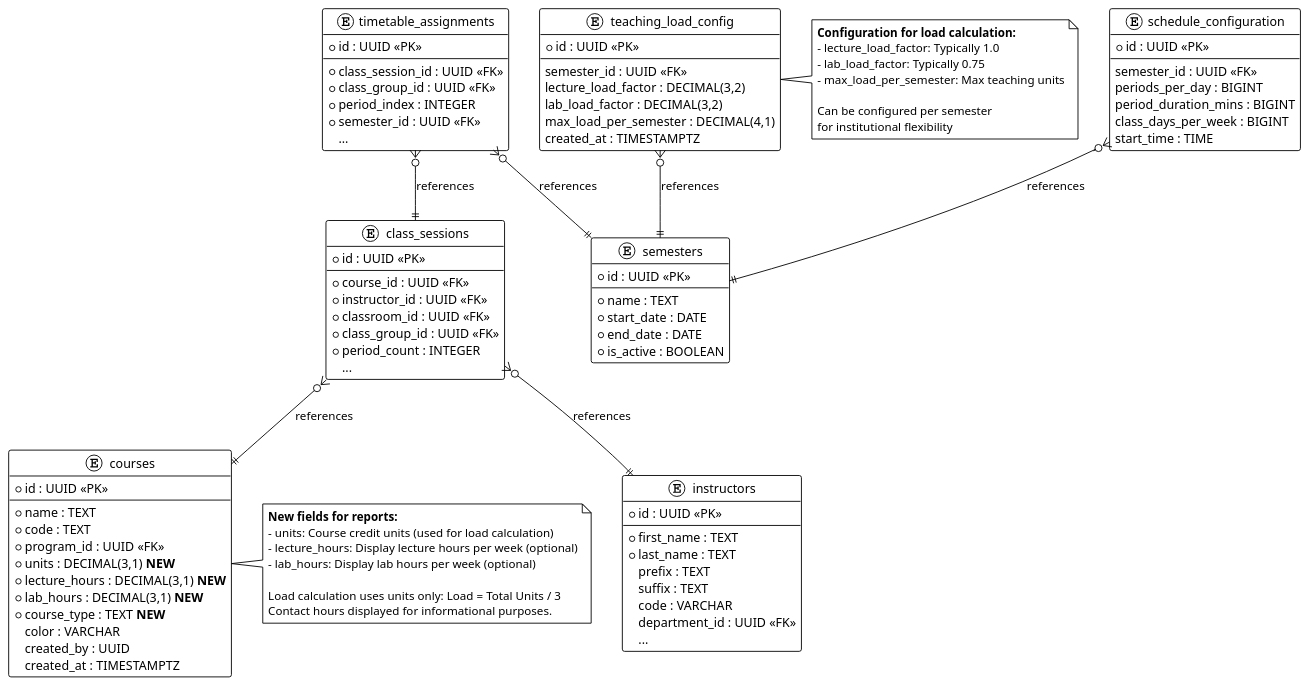
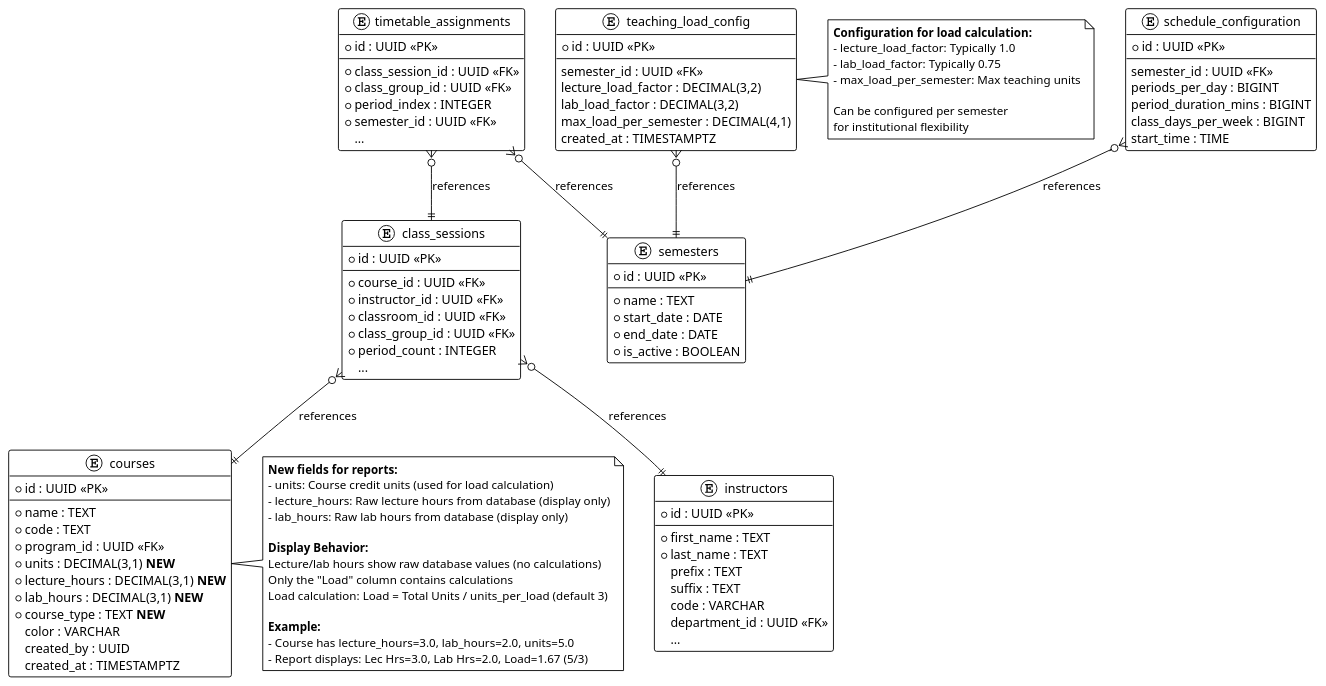
Before and after one commit to Wence024/ClassFlow: the seventh of 7 diagrams in docs/c4-diagrams/instructor-reports-system.puml, drawn with PlantUML. The commit also changed other lines of this file and 2 other files, not shown here.

Commit message:
Fix instructor report hours display

```diff
--- a/docs/c4-diagrams/instructor-reports-system.puml
+++ b/docs/c4-diagrams/instructor-reports-system.puml
@@ -347,108 +348,114 @@
 @startuml Data Model for Reports
 !theme plain
 
 entity "courses" as Courses {
     * id : UUID <<PK>>
     --
     * name : TEXT
     * code : TEXT
     * program_id : UUID <<FK>>
     + units : DECIMAL(3,1) **NEW**
     + lecture_hours : DECIMAL(3,1) **NEW**
     + lab_hours : DECIMAL(3,1) **NEW**
     + course_type : TEXT **NEW**
     color : VARCHAR
     created_by : UUID
     created_at : TIMESTAMPTZ
 }
 
 entity "teaching_load_config" as LoadConfig {
     * id : UUID <<PK>>
     --
     semester_id : UUID <<FK>>
     lecture_load_factor : DECIMAL(3,2)
     lab_load_factor : DECIMAL(3,2)
     max_load_per_semester : DECIMAL(4,1)
     created_at : TIMESTAMPTZ
 }
 
 entity "instructors" as Instructors {
     * id : UUID <<PK>>
     --
     * first_name : TEXT
     * last_name : TEXT
     prefix : TEXT
     suffix : TEXT
     code : VARCHAR
     department_id : UUID <<FK>>
     ...
 }
 
 entity "timetable_assignments" as Assignments {
     * id : UUID <<PK>>
     --
     * class_session_id : UUID <<FK>>
     * class_group_id : UUID <<FK>>
     * period_index : INTEGER
     * semester_id : UUID <<FK>>
     ...
 }
 
 entity "class_sessions" as Sessions {
     * id : UUID <<PK>>
     --
     * course_id : UUID <<FK>>
     * instructor_id : UUID <<FK>>
     * classroom_id : UUID <<FK>>
     * class_group_id : UUID <<FK>>
     * period_count : INTEGER
     ...
 }
 
 entity "semesters" as Semesters {
     * id : UUID <<PK>>
     --
     * name : TEXT
     * start_date : DATE
     * end_date : DATE
     * is_active : BOOLEAN
 }
 
 entity "schedule_configuration" as ScheduleConfig {
     * id : UUID <<PK>>
     --
     semester_id : UUID <<FK>>
     periods_per_day : BIGINT
     period_duration_mins : BIGINT
     class_days_per_week : BIGINT
     start_time : TIME
 }
 
 Sessions }o--|| Courses : references
 Sessions }o--|| Instructors : references
 Assignments }o--|| Sessions : references
 Assignments }o--|| Semesters : references
 LoadConfig }o--|| Semesters : references
 ScheduleConfig }o--|| Semesters : references
 
 note right of Courses
     **New fields for reports:**
     - units: Course credit units (used for load calculation)
-    - lecture_hours: Display lecture hours per week (optional)
-    - lab_hours: Display lab hours per week (optional)
+    - lecture_hours: Raw lecture hours from database (display only)
+    - lab_hours: Raw lab hours from database (display only)
     
-    Load calculation uses units only: Load = Total Units / 3
-    Contact hours displayed for informational purposes.
+    **Display Behavior:**
+    Lecture/lab hours show raw database values (no calculations)
+    Only the "Load" column contains calculations
+    Load calculation: Load = Total Units / units_per_load (default 3)
+    
+    **Example:**
+    - Course has lecture_hours=3.0, lab_hours=2.0, units=5.0
+    - Report displays: Lec Hrs=3.0, Lab Hrs=2.0, Load=1.67 (5/3)
 end note
 
 note right of LoadConfig
     **Configuration for load calculation:**
     - lecture_load_factor: Typically 1.0
     - lab_load_factor: Typically 0.75
     - max_load_per_semester: Max teaching units
     
     Can be configured per semester
     for institutional flexibility
 end note
 
 @enduml
```
